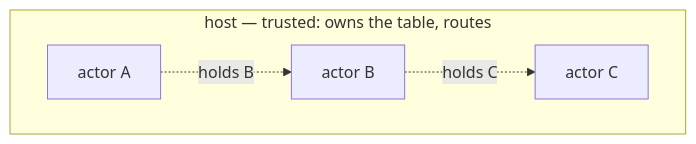
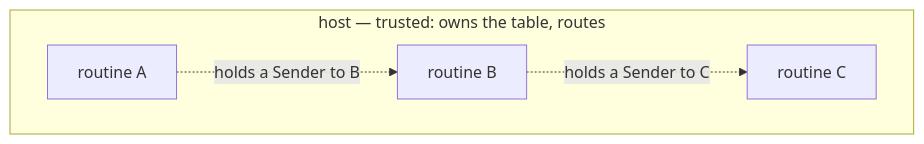
The diagram in design/capabilities.md (inkandswitch/sans-effort), drawn with Mermaid before and after one commit. The commit also changed other lines of this file and 7 other files, not shown here.

````diff
--- a/design/capabilities.md
+++ b/design/capabilities.md
@@ -15,11 +15,11 @@
 ```mermaid
 flowchart TB
     subgraph host["host — trusted: owns the table, routes"]
         direction LR
-        a["actor A"]
-        b["actor B"]
-        c["actor C"]
+        a["routine A"]
+        b["routine B"]
+        c["routine C"]
     end
-    a -. "holds B" .-> b
-    b -. "holds C" .-> c
+    a -. "holds a Sender to B" .-> b
+    b -. "holds a Sender to C" .-> c
 ```
````
